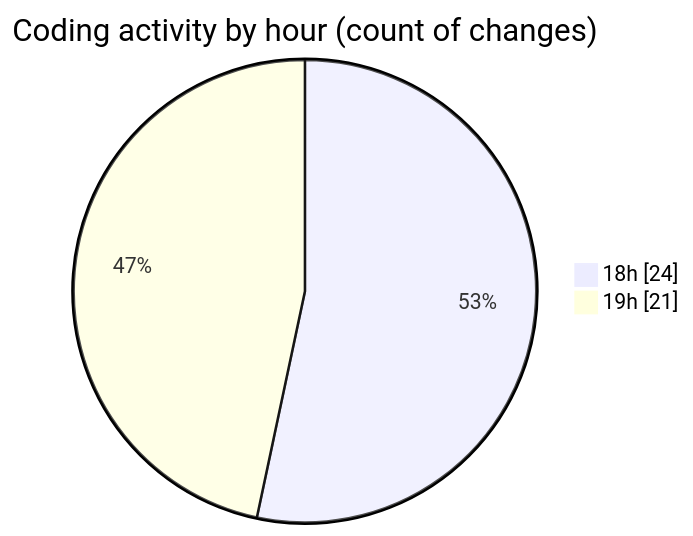
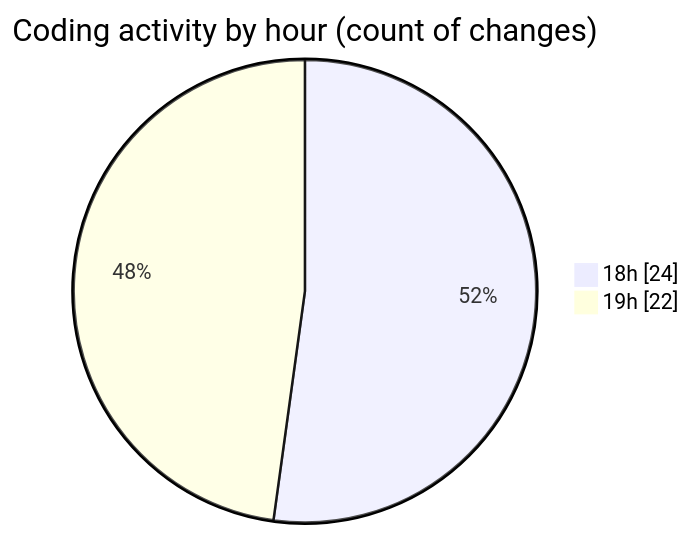
The second of 2 diagrams in 2025-04-21/echo/README.md (Netris89/code-tracking), drawn with Mermaid before and after one commit. The commit also changed other lines of this file and 1 other file, not shown here.

````diff
--- a/2025-04-21/echo/README.md
+++ b/2025-04-21/echo/README.md
@@ -36,6 +36,6 @@
 ```mermaid
 pie showData
 title Coding activity by hour (count of changes)
 "18h" : 24
-"19h" : 21
+"19h" : 22
 ```
````
